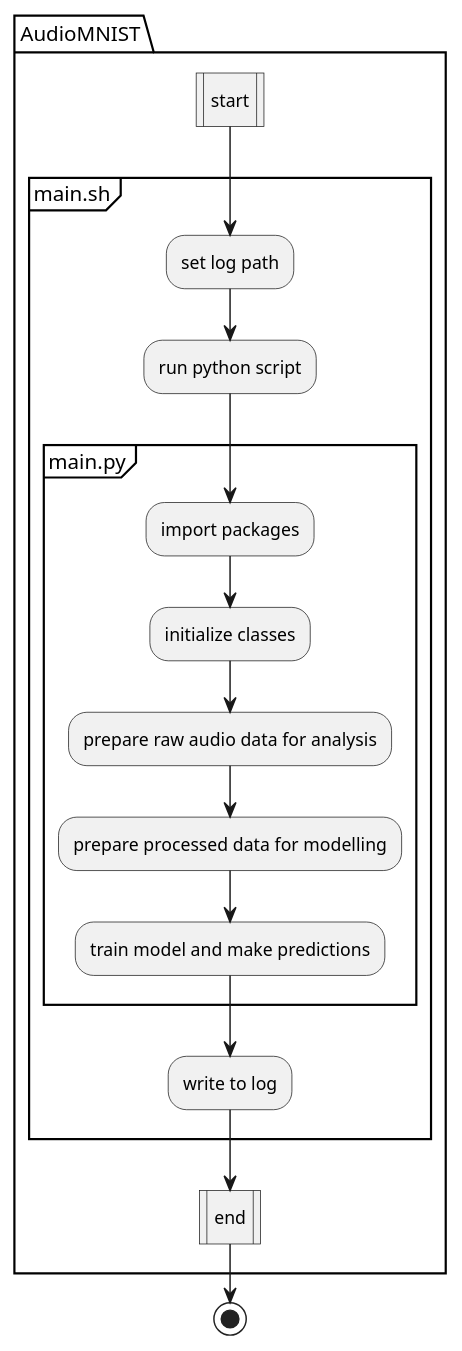
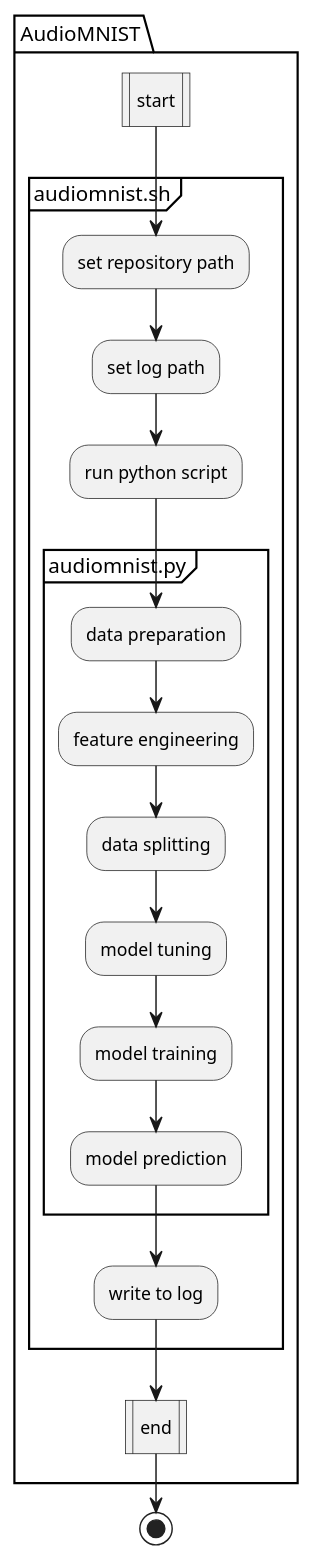
Before and after one commit to Aketirani/audio-mnist: the diagram in flowchart.wsd, drawn with PlantUML. The commit also changed 23 other files, not shown here.

```diff
--- a/flowchart.wsd
+++ b/flowchart.wsd
@@ -1,20 +1,22 @@
 @startuml Pipeline Flowchart
 |AudioMNIST|
 package "AudioMNIST" {
     :start|
-    partition "main.sh" {
+    partition "audiomnist.sh" {
+        :set repository path;
         :set log path;
         :run python script;
-        partition "main.py" {
-            :import packages;
-            :initialize classes;
-            :prepare raw audio data for analysis;
-            :prepare processed data for modelling;
-            :train model and make predictions;
+        partition "audiomnist.py" {
+            :data preparation;
+            :feature engineering;
+            :data splitting;
+            :model tuning;
+            :model training;
+            :model prediction;
         }
         :write to log;
     }
     :end|
 }
 stop
 @enduml
```
